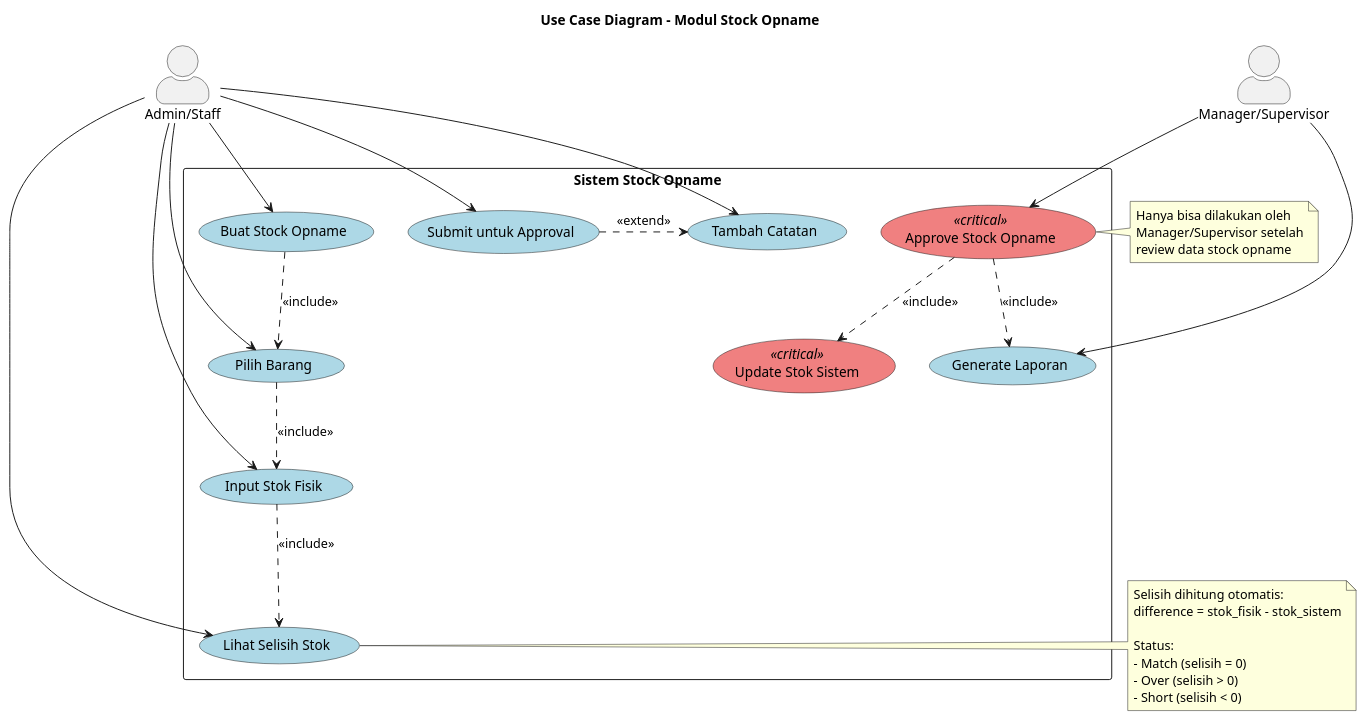
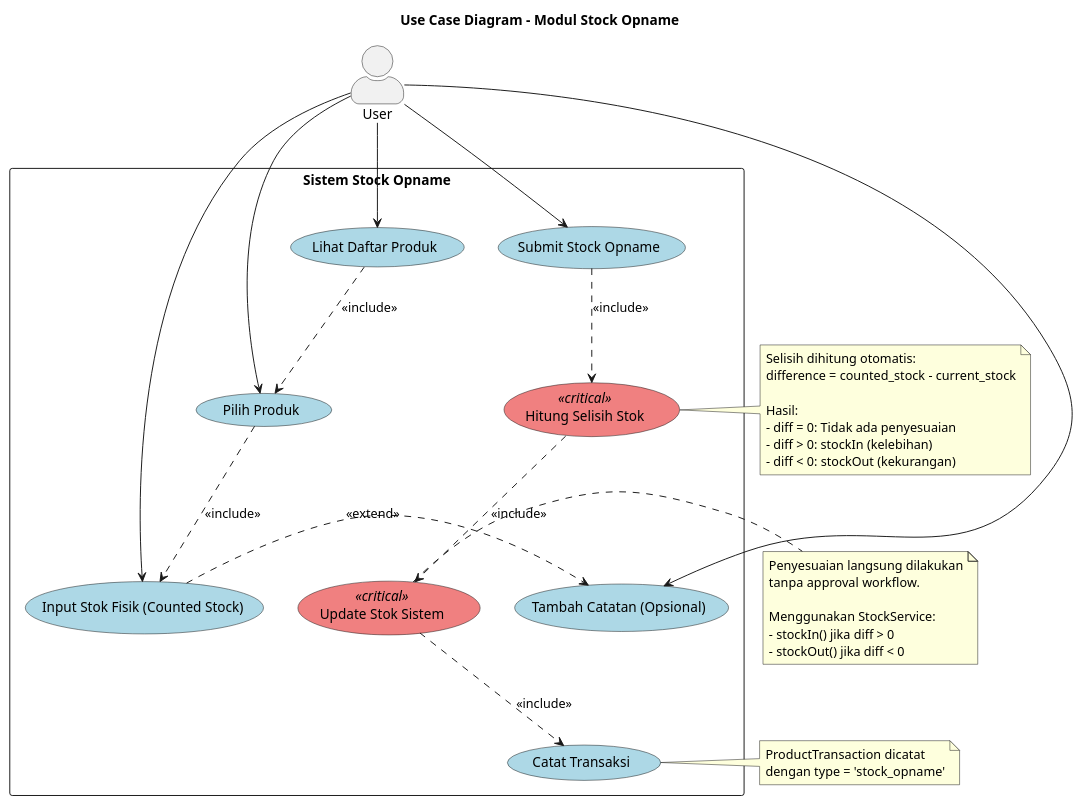
Before and after one commit to watimirna/uts-rpl: the diagram in diagrams/stock-opname-usecase.puml, drawn with PlantUML. The commit also changed 12 other files, not shown here.

Commit message:
feat: update diagrams

```diff
--- a/diagrams/stock-opname-usecase.puml
+++ b/diagrams/stock-opname-usecase.puml
@@ -1,66 +1,67 @@
 @startuml Stock Opname Use Case Diagram
 
 ' Styling
 skinparam actorStyle awesome
 skinparam packageStyle rectangle
 skinparam usecaseBackgroundColor LightBlue
 skinparam usecaseBackgroundColor<<critical>> LightCoral
 
 title Use Case Diagram - Modul Stock Opname
 
 ' Actors
-actor "Admin/Staff" as user
-actor "Manager/Supervisor" as supervisor
+actor "User" as user
 
 ' System boundary
 rectangle "Sistem Stock Opname" {
-    
+
     ' Main Stock Opname Flow
-    usecase "Buat Stock Opname" as UC1
-    usecase "Pilih Barang" as UC2
-    usecase "Input Stok Fisik" as UC3
-    usecase "Lihat Selisih Stok" as UC4
-    usecase "Tambah Catatan" as UC5
-    usecase "Submit untuk Approval" as UC6
-    usecase "Approve Stock Opname" as UC7 <<critical>>
-    usecase "Update Stok Sistem" as UC8 <<critical>>
-    usecase "Generate Laporan" as UC9
+    usecase "Lihat Daftar Produk" as UC1
+    usecase "Pilih Produk" as UC2
+    usecase "Input Stok Fisik (Counted Stock)" as UC3
+    usecase "Tambah Catatan (Opsional)" as UC4
+    usecase "Submit Stock Opname" as UC5
+    usecase "Hitung Selisih Stok" as UC6 <<critical>>
+    usecase "Update Stok Sistem" as UC7 <<critical>>
+    usecase "Catat Transaksi" as UC8
 }
 
 ' User relationships
 user --> UC1
 user --> UC2
 user --> UC3
 user --> UC4
 user --> UC5
-user --> UC6
-
-' Supervisor relationships
-supervisor --> UC7
-supervisor --> UC9
 
 ' Flow relationships
 UC1 ..> UC2 : <<include>>
 UC2 ..> UC3 : <<include>>
-UC3 ..> UC4 : <<include>>
-UC6 .> UC5 : <<extend>>
+UC3 .> UC4 : <<extend>>
+UC5 ..> UC6 : <<include>>
+UC6 ..> UC7 : <<include>>
 UC7 ..> UC8 : <<include>>
-UC7 ..> UC9 : <<include>>
 
-note right of UC4
+note right of UC6
   Selisih dihitung otomatis:
-  difference = stok_fisik - stok_sistem
-  
-  Status:
-  - Match (selisih = 0)
-  - Over (selisih > 0)
-  - Short (selisih < 0)
+  difference = counted_stock - current_stock
+
+  Hasil:
+  - diff = 0: Tidak ada penyesuaian
+  - diff > 0: stockIn (kelebihan)
+  - diff < 0: stockOut (kekurangan)
 end note
 
 note right of UC7
-  Hanya bisa dilakukan oleh
-  Manager/Supervisor setelah
-  review data stock opname
+  Penyesuaian langsung dilakukan
+  tanpa approval workflow.
+
+  Menggunakan StockService:
+  - stockIn() jika diff > 0
+  - stockOut() jika diff < 0
+end note
+
+note right of UC8
+  ProductTransaction dicatat
+  dengan type = 'stock_opname'
 end note
 
 @enduml
```
